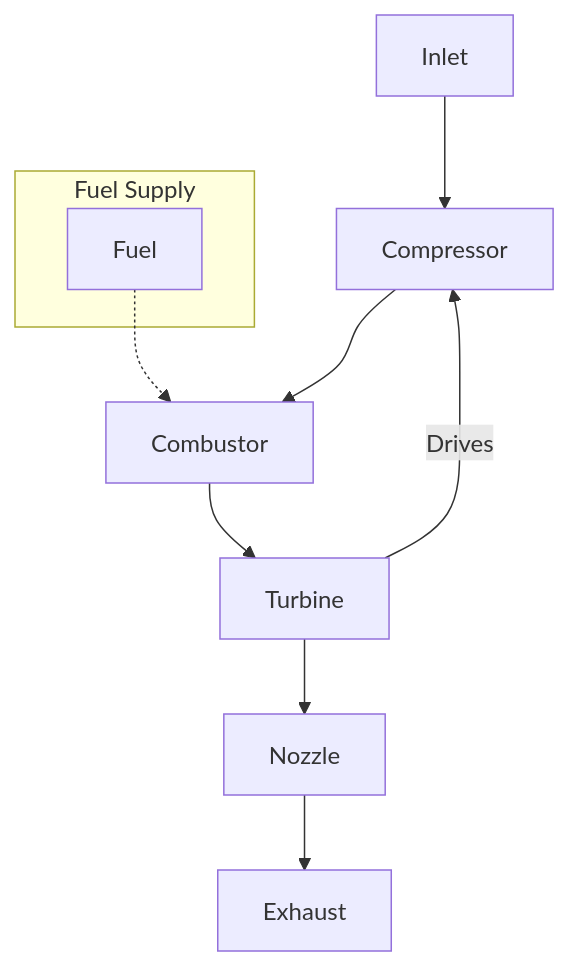
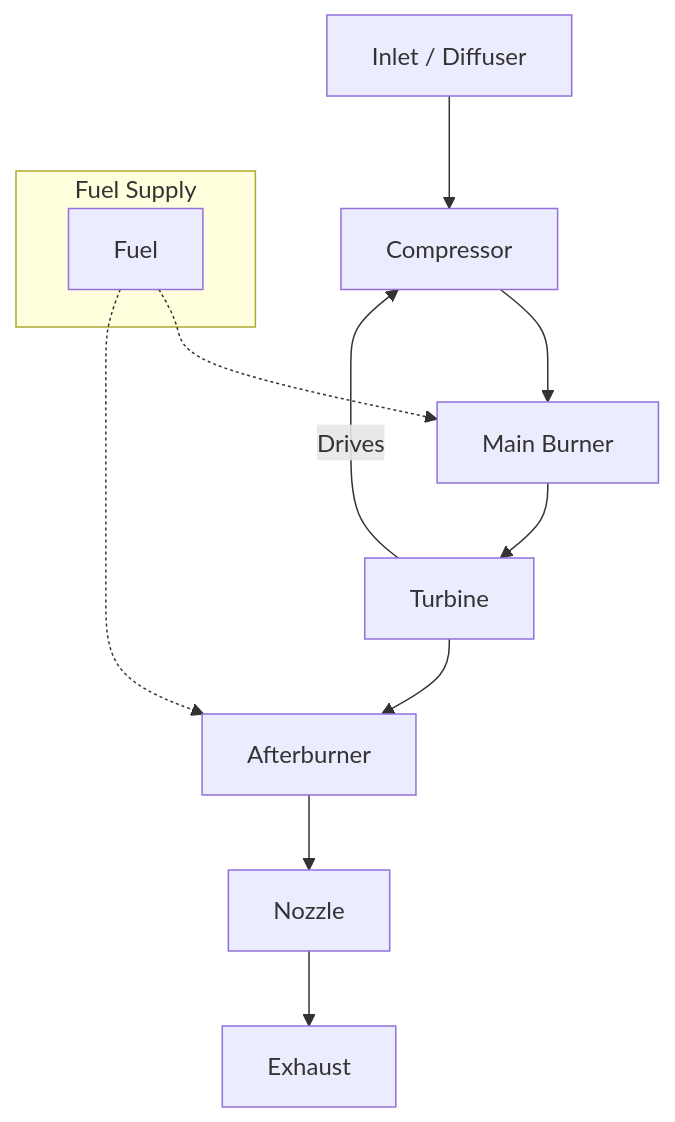
The diagram in Homework 7/HW7_Q2/README.md (stephennmiller/EAS4300), drawn with Mermaid before and after one commit. The commit also changed other lines of this file and 9 other files, not shown here.

````diff
--- a/Homework 7/HW7_Q2/README.md
+++ b/Homework 7/HW7_Q2/README.md
@@ -58,13 +76,15 @@
 ```mermaid
 flowchart TD
-    A[Inlet] --> B[Compressor]
-    B --> C[Combustor]
+    A[Inlet / Diffuser] --> B[Compressor]
+    B --> C[Main Burner]
     C --> D[Turbine]
-    D --> E[Nozzle]
-    E --> F[Exhaust]
+    D --> E[Afterburner]
+    E --> F[Nozzle]
+    F --> G[Exhaust]
     D -- Drives --> B
     subgraph Fuel Supply
-        G[Fuel]
+        H[Fuel]
     end
-    G -.-> C
+    H -.-> C
+    H -.-> E
 ```
````
